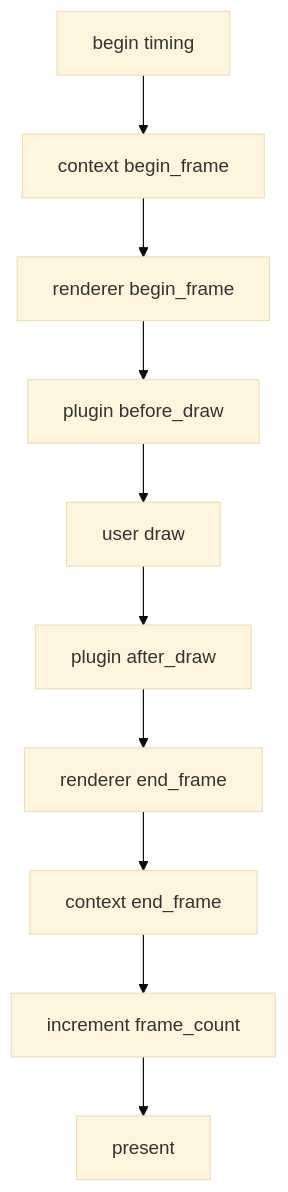
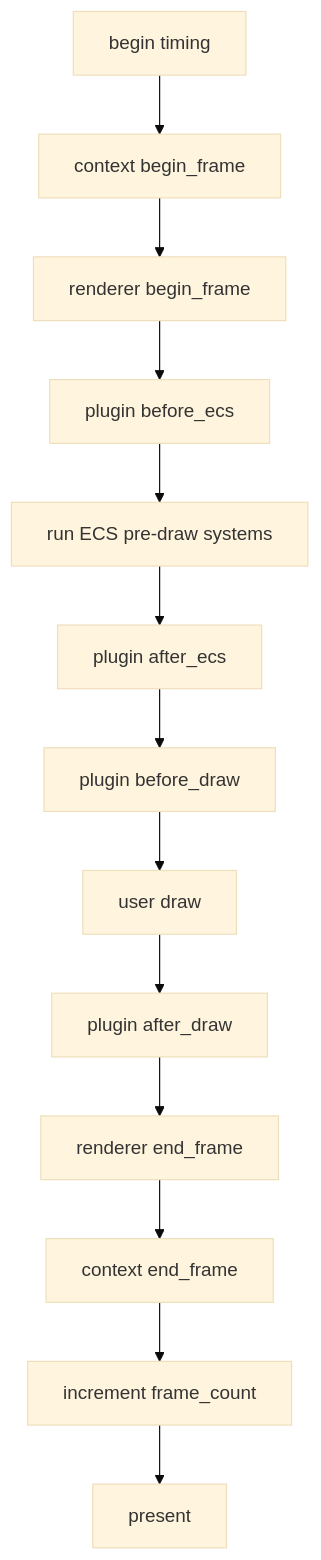
One commit to JonathanHHenson/gummy_snake changed the second of 4 diagrams in docs/contribute/runtime.md. Above: the diagram before and after it, drawn with Mermaid (base theme). The commit also changed other lines of this file and 15 other files, not shown here.

Commit message:
Document ECS runtime architecture and usage

````diff
--- a/docs/contribute/runtime.md
+++ b/docs/contribute/runtime.md
@@ -75,12 +88,15 @@
 ```mermaid
 flowchart TD
     A[begin timing] --> B[context begin_frame]
     B --> C[renderer begin_frame]
-    C --> D[plugin before_draw]
-    D --> E[user draw]
-    E --> F[plugin after_draw]
-    F --> G[renderer end_frame]
-    G --> H[context end_frame]
-    H --> I[increment frame_count]
-    I --> J[present]
+    C --> D[plugin before_ecs]
+    D --> E[run ECS pre-draw systems]
+    E --> F[plugin after_ecs]
+    F --> G[plugin before_draw]
+    G --> H[user draw]
+    H --> I[plugin after_draw]
+    I --> J[renderer end_frame]
+    J --> K[context end_frame]
+    K --> L[increment frame_count]
+    L --> M[present]
 ```
````
